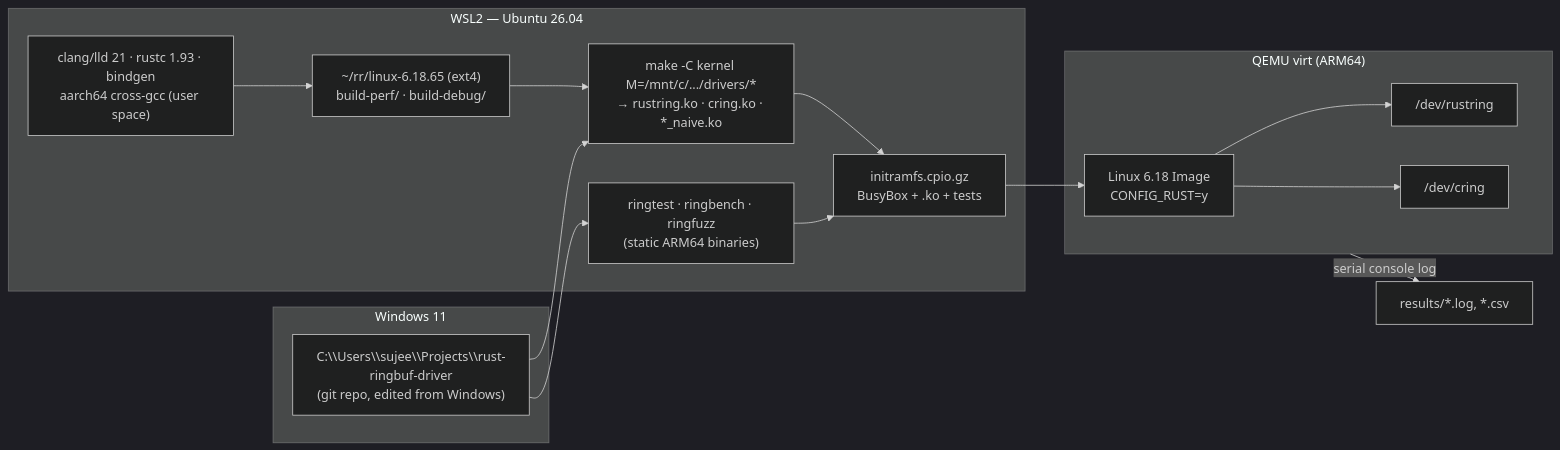
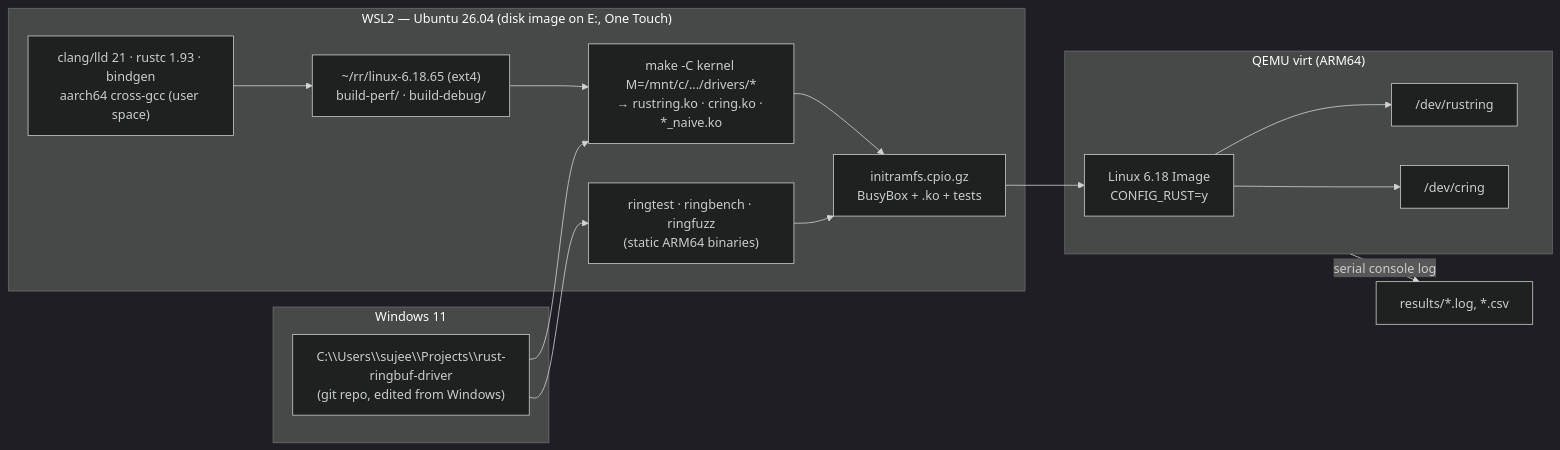
One commit to Sencrzz29/rust-ring-buffer-driver changed the diagram in docs/IMPLEMENTATION_PLAN.md. Above: the diagram before and after it, drawn with Mermaid (dark theme). The commit also changed other lines of this file and 1 other file, not shown here.

````diff
--- a/docs/IMPLEMENTATION_PLAN.md
+++ b/docs/IMPLEMENTATION_PLAN.md
@@ -44,26 +45,26 @@
 ```mermaid
 flowchart LR
   subgraph WIN["Windows 11"]
     REPO["C:\\Users\\sujee\\Projects\\rust-ringbuf-driver<br/>(git repo, edited from Windows)"]
   end
-  subgraph WSL["WSL2 — Ubuntu 26.04"]
+  subgraph WSL["WSL2 — Ubuntu 26.04 (disk image on E:, One Touch)"]
     TC["clang/lld 21 · rustc 1.93 · bindgen<br/>aarch64 cross-gcc (user space)"]
     KSRC["~/rr/linux-6.18.65 (ext4)<br/>build-perf/ · build-debug/"]
     MOD["make -C kernel M=/mnt/c/.../drivers/*<br/>→ rustring.ko · cring.ko · *_naive.ko"]
     US["ringtest · ringbench · ringfuzz<br/>(static ARM64 binaries)"]
     IRD["initramfs.cpio.gz<br/>BusyBox + .ko + tests"]
   end
   subgraph VM["QEMU virt (ARM64)"]
     K["Linux 6.18 Image<br/>CONFIG_RUST=y"]
     D1["/dev/rustring"]
     D2["/dev/cring"]
   end
   REPO --> MOD
   TC --> KSRC --> MOD
   REPO --> US
   MOD --> IRD
   US --> IRD
   IRD --> K
   K --> D1 & D2
   VM -- "serial console log" --> LOG["results/*.log, *.csv"]
 ```
````
